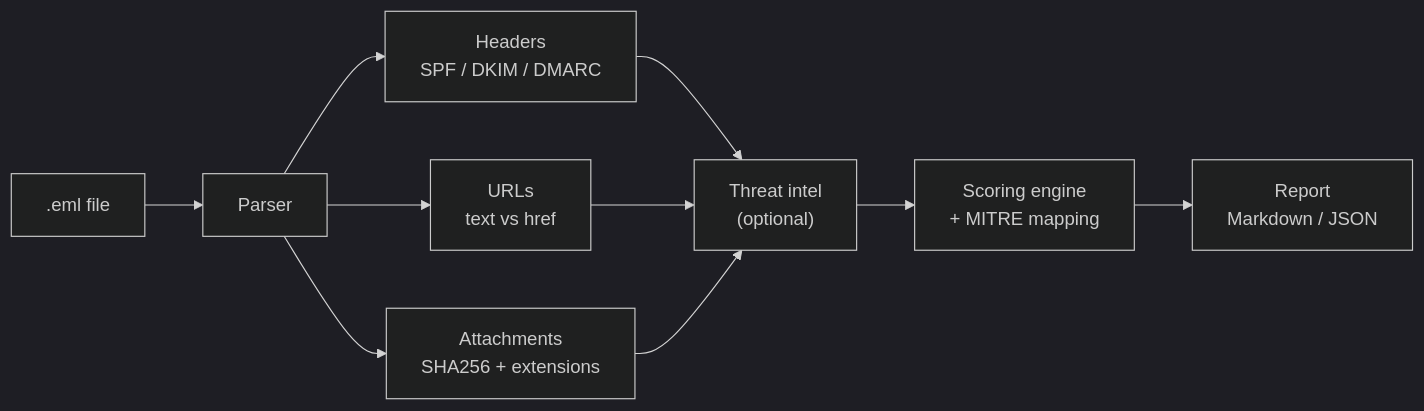
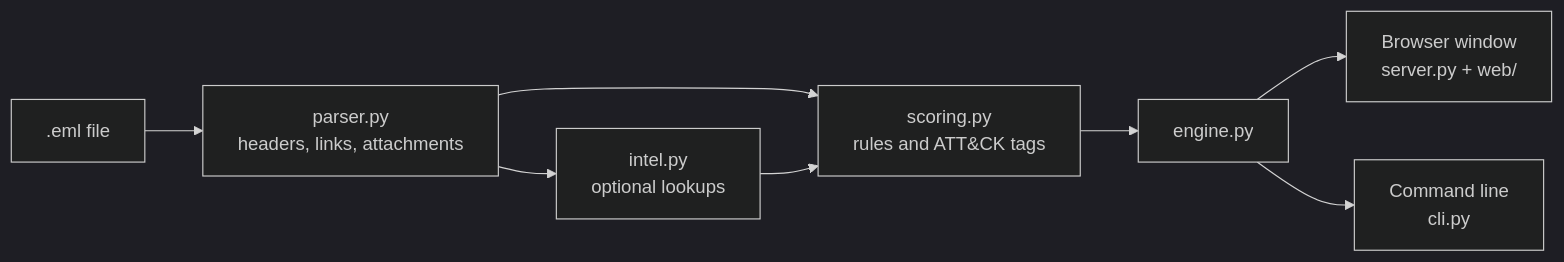
Before and after one commit to Anas-Abdullah-Sec/Phishlens: the diagram in README.md, drawn with Mermaid (dark theme). The commit also changed other lines of this file and 36 other files, not shown here.

````diff
--- a/README.md
+++ b/README.md
@@ -133,12 +143,10 @@
 ```mermaid
 flowchart LR
-    A[".eml file"] --> B["Parser"]
-    B --> C["Headers<br/>SPF / DKIM / DMARC"]
-    B --> D["URLs<br/>text vs href"]
-    B --> E["Attachments<br/>SHA256 + extensions"]
-    C --> F["Threat intel<br/>(optional)"]
-    D --> F
-    E --> F
-    F --> G["Scoring engine<br/>+ MITRE mapping"]
-    G --> H["Report<br/>Markdown / JSON"]
+    A[".eml file"] --> B["parser.py<br/>headers, links, attachments"]
+    B --> C["intel.py<br/>optional lookups"]
+    B --> D["scoring.py<br/>rules and ATT&CK tags"]
+    C --> D
+    D --> E["engine.py"]
+    E --> F["Browser window<br/>server.py + web/"]
+    E --> G["Command line<br/>cli.py"]
 ```
````
